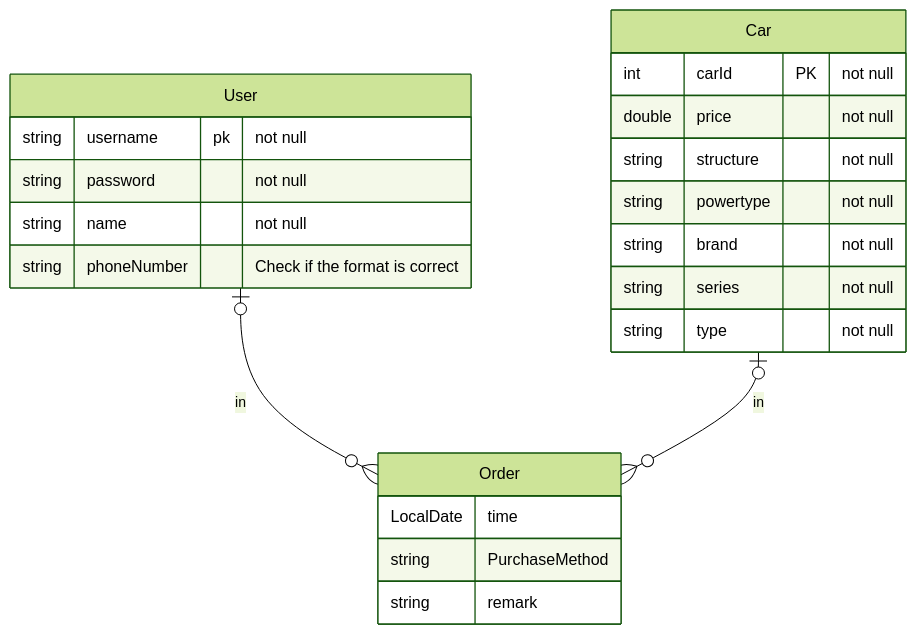
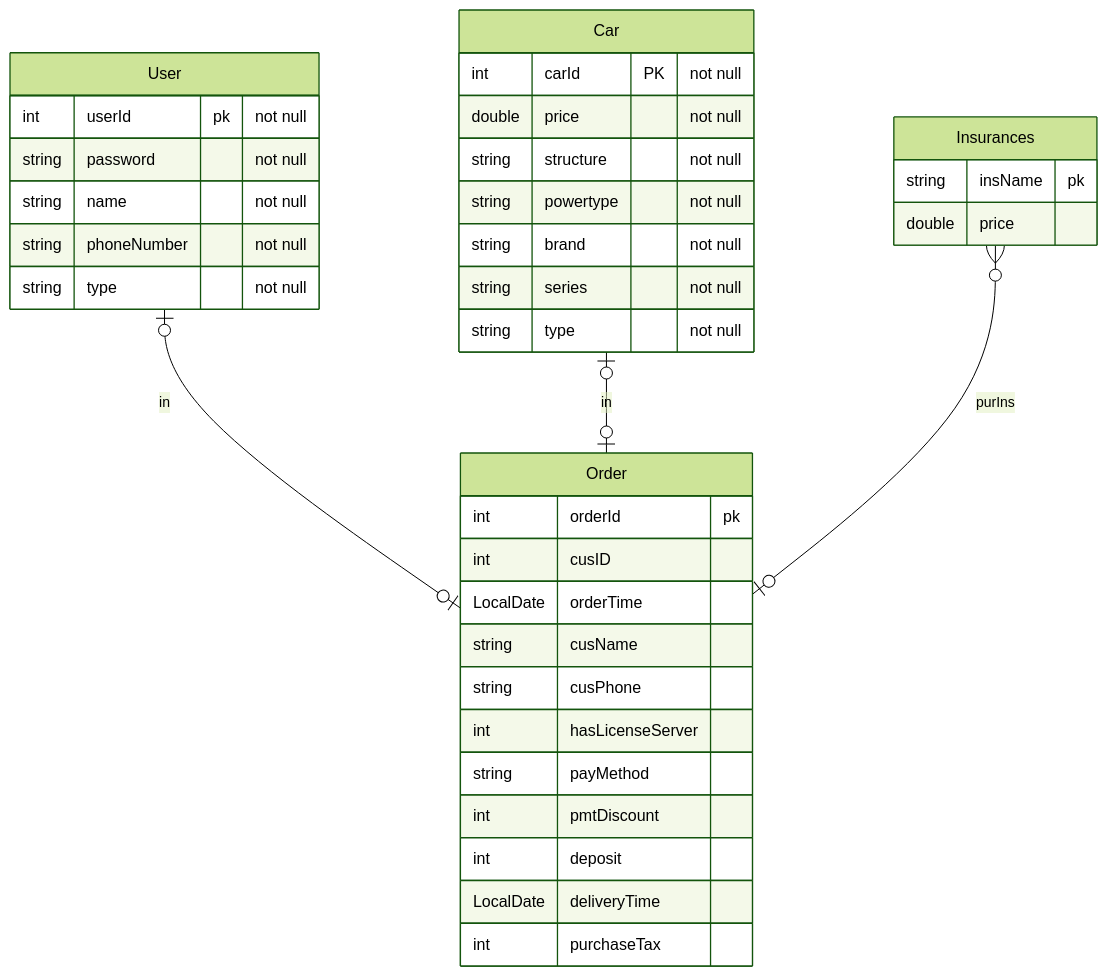
Before and after one commit to Resince/car-sale-manege-system: the diagram in README.md, drawn with Mermaid (forest theme). The commit also changed other lines of this file, not shown here.

````diff
--- a/README.md
+++ b/README.md
@@ -31,25 +80,39 @@
 ```mermaid
 erDiagram 
     User {
-        string username pk "not null"
+        int userId pk "not null"
         string password "not null"
         string name "not null"
-        string phoneNumber "Check if the format is correct"
+        string phoneNumber "not null"
+        string type "not null"
     }
-    User |o--o{ Order: in
+    User |o--o| Order: in
     Order{
-    	LocalDate time 
-    	string PurchaseMethod 
-    	string remark 
+    	int orderId pk
+    	int cusID
+    	LocalDate orderTime
+        string cusName
+        string cusPhone
+        int hasLicenseServer
+    	string payMethod 
+    	int pmtDiscount
+    	int deposit
+    	LocalDate deliveryTime
+    	int purchaseTax
     }
-    Car |o--o{ Order: in
+    Car |o--o| Order: in
     Car {
         int carId PK "not null"
         double price "not null"
         string structure "not null"
         string powertype "not null"
         string brand "not null"
         string series "not null"
         string type "not null"
     }
+    Insurances }o--o| Order: purIns
+    Insurances {
+    	string insName pk
+    	double price
+    }
 ```
````
